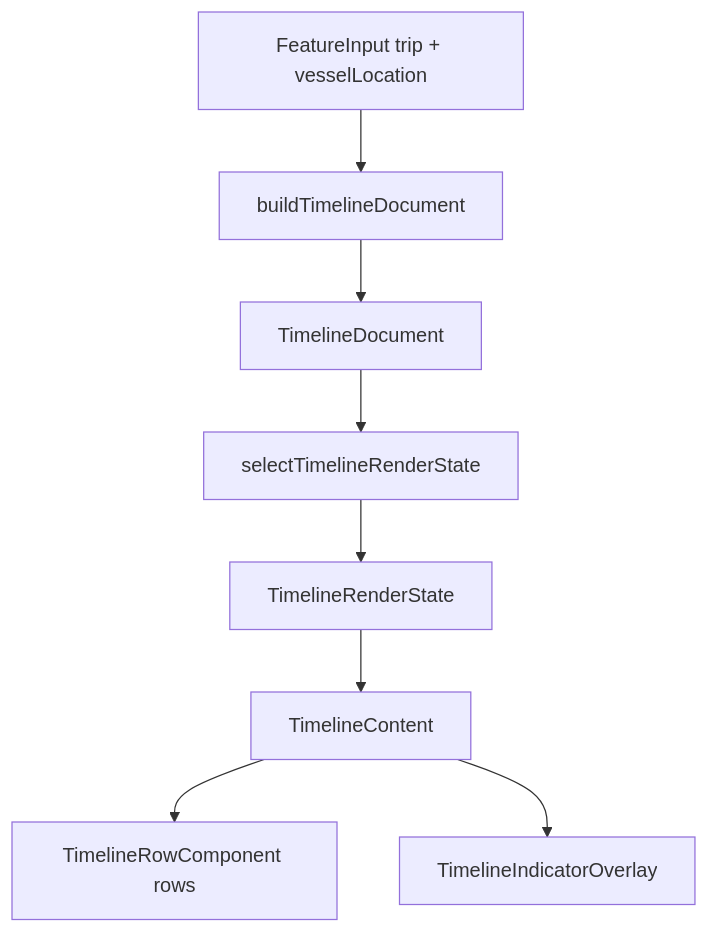
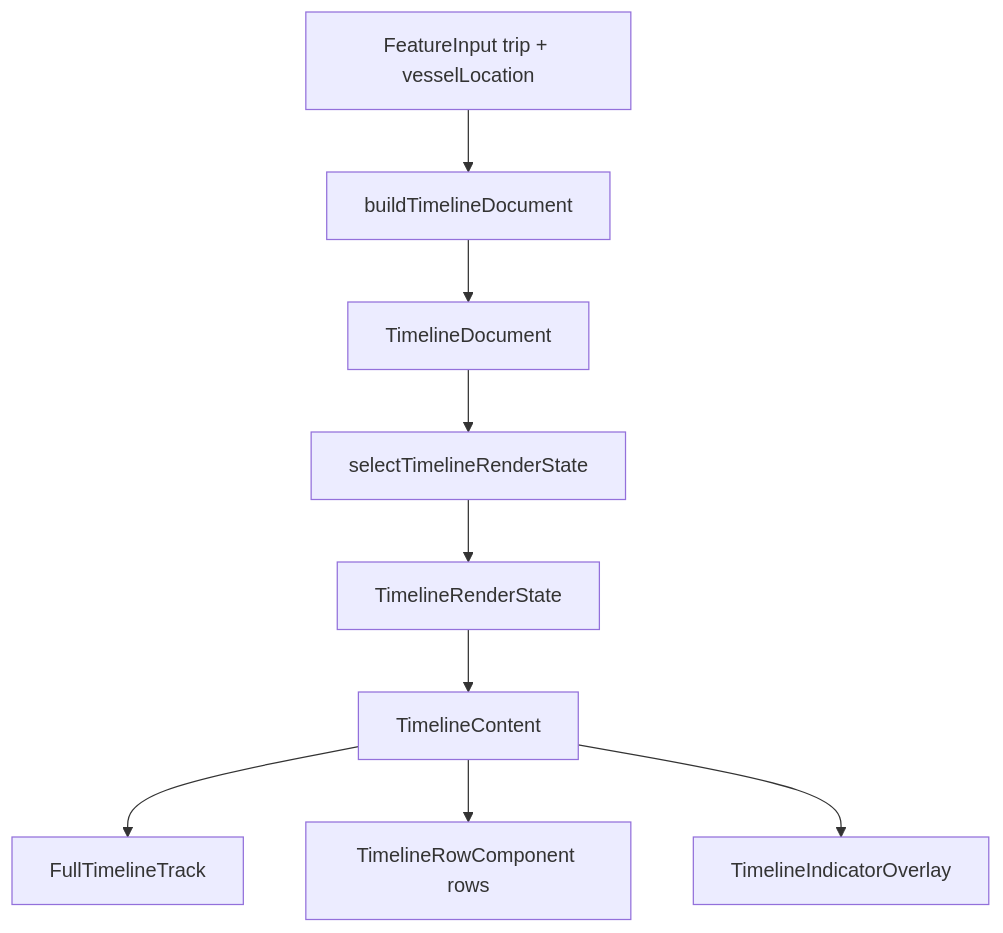
The diagram in src/features/VesselTripTimeline/LAYOUT_ARCHITECTURE.md (RobJacobson/ferryjoy-client-neo), drawn with Mermaid before and after one commit. The commit also changed other lines of this file and 12 other files, not shown here.

First line of the commit message:
feat: enhance timeline components with new FullTimelineTrack and refactor TimelineRow

````diff
--- a/src/features/VesselTripTimeline/LAYOUT_ARCHITECTURE.md
+++ b/src/features/VesselTripTimeline/LAYOUT_ARCHITECTURE.md
@@ -11,10 +11,11 @@
 ```mermaid
 flowchart TD
   featureInput[FeatureInput trip + vesselLocation] --> documentBuilder[buildTimelineDocument]
   documentBuilder --> timelineDocument[TimelineDocument]
   timelineDocument --> renderSelector[selectTimelineRenderState]
   renderSelector --> renderState[TimelineRenderState]
   renderState --> timelineContent[TimelineContent]
+  timelineContent --> fullTrack[FullTimelineTrack]
   timelineContent --> rowShells[TimelineRowComponent rows]
   timelineContent --> overlayLayer[TimelineIndicatorOverlay]
 ```
````
